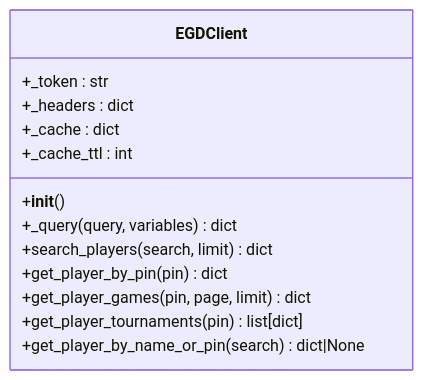
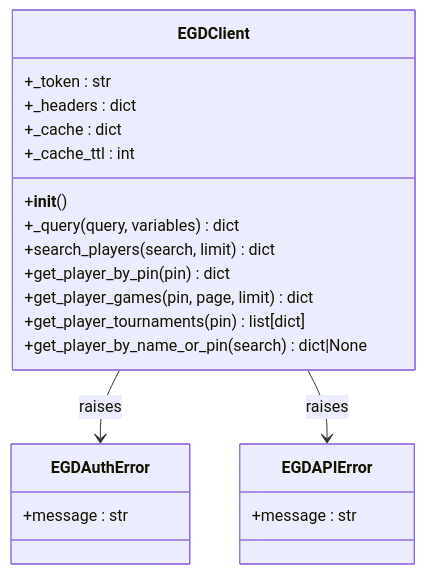
The third of 7 diagrams in .qoder/repowiki/en/content/Backend Documentation/Service Layer/EGD Client.md (Ragnar1999/GoNow), drawn with Mermaid before and after one commit. The commit also changed other lines of this file and 13 other files, not shown here.

````diff
--- a/.qoder/repowiki/en/content/Backend Documentation/Service Layer/EGD Client.md
+++ b/.qoder/repowiki/en/content/Backend Documentation/Service Layer/EGD Client.md
@@ -129,16 +157,24 @@
 ```mermaid
 classDiagram
 class EGDClient {
 +_token : str
 +_headers : dict
 +_cache : dict
 +_cache_ttl : int
 +__init__()
 +_query(query, variables) dict
 +search_players(search, limit) dict
 +get_player_by_pin(pin) dict
 +get_player_games(pin, page, limit) dict
 +get_player_tournaments(pin) list[dict]
 +get_player_by_name_or_pin(search) dict|None
 }
+class EGDAuthError {
++message : str
+}
+class EGDAPIError {
++message : str
+}
+EGDClient --> EGDAuthError : raises
+EGDClient --> EGDAPIError : raises
 ```
````
